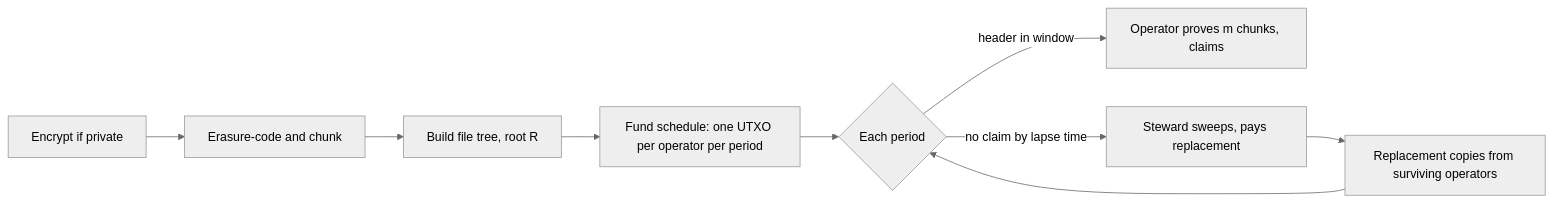
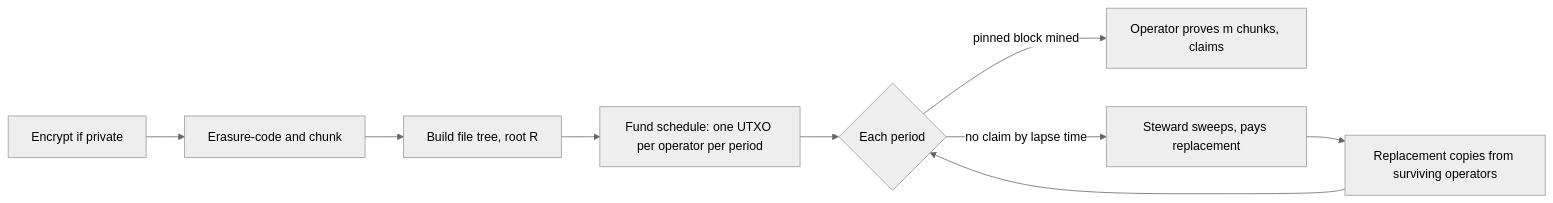
Before and after one commit to Ruthheasman/proof-of-keep: the diagram in proof-of-keep-whitepaper.md, drawn with Mermaid (neutral theme). The commit also changed other lines of this file and 10 other files, not shown here.

````diff
--- a/proof-of-keep-whitepaper.md
+++ b/proof-of-keep-whitepaper.md
@@ -91,11 +91,11 @@
 ```mermaid
 flowchart LR
   A[Encrypt if private] --> B[Erasure-code and chunk]
   B --> C[Build file tree, root R]
   C --> D[Fund schedule: one UTXO per operator per period]
   D --> E{Each period}
-  E -->|header in window| F[Operator proves m chunks, claims]
+  E -->|pinned block mined| F[Operator proves m chunks, claims]
   E -->|no claim by lapse time| G[Steward sweeps, pays replacement]
   G --> H[Replacement copies from surviving operators]
   H --> E
 ```
````
